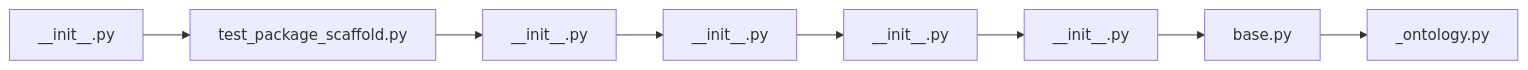
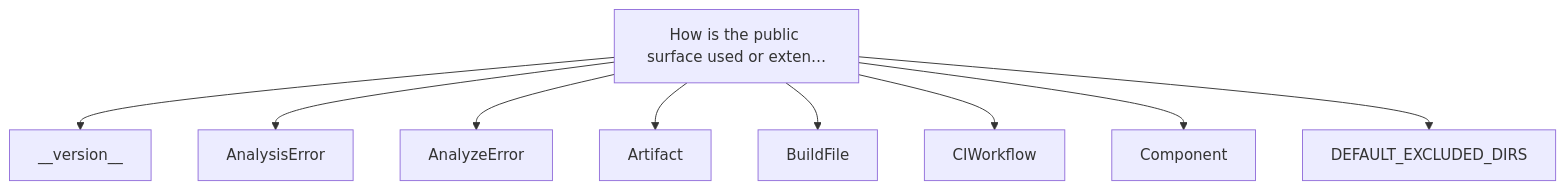
The second of 3 diagrams in docs/public-surface-init-py-a3934091.md (norandom/DocuHarnessX), drawn with Mermaid before and after one commit. The commit also changed 12 other files, not shown here.

````diff
--- a/docs/public-surface-init-py-a3934091.md
+++ b/docs/public-surface-init-py-a3934091.md
@@ -42,18 +42,20 @@
 ```mermaid
-flowchart LR
-  n0["__init__.py"]
-  n1["test_package_scaffold.py"]
-  n2["__init__.py"]
-  n3["__init__.py"]
-  n4["__init__.py"]
-  n5["__init__.py"]
-  n6["base.py"]
-  n7["_ontology.py"]
+flowchart TB
+  n0["How is the public surface used or exten…"]
+  n1["__version__"]
+  n2["AnalysisError"]
+  n3["AnalyzeError"]
+  n4["Artifact"]
+  n5["BuildFile"]
+  n6["CIWorkflow"]
+  n7["Component"]
+  n8["DEFAULT_EXCLUDED_DIRS"]
   n0 --> n1
-  n1 --> n2
-  n2 --> n3
-  n3 --> n4
-  n4 --> n5
-  n5 --> n6
-  n6 --> n7
+  n0 --> n2
+  n0 --> n3
+  n0 --> n4
+  n0 --> n5
+  n0 --> n6
+  n0 --> n7
+  n0 --> n8
 ```
````
